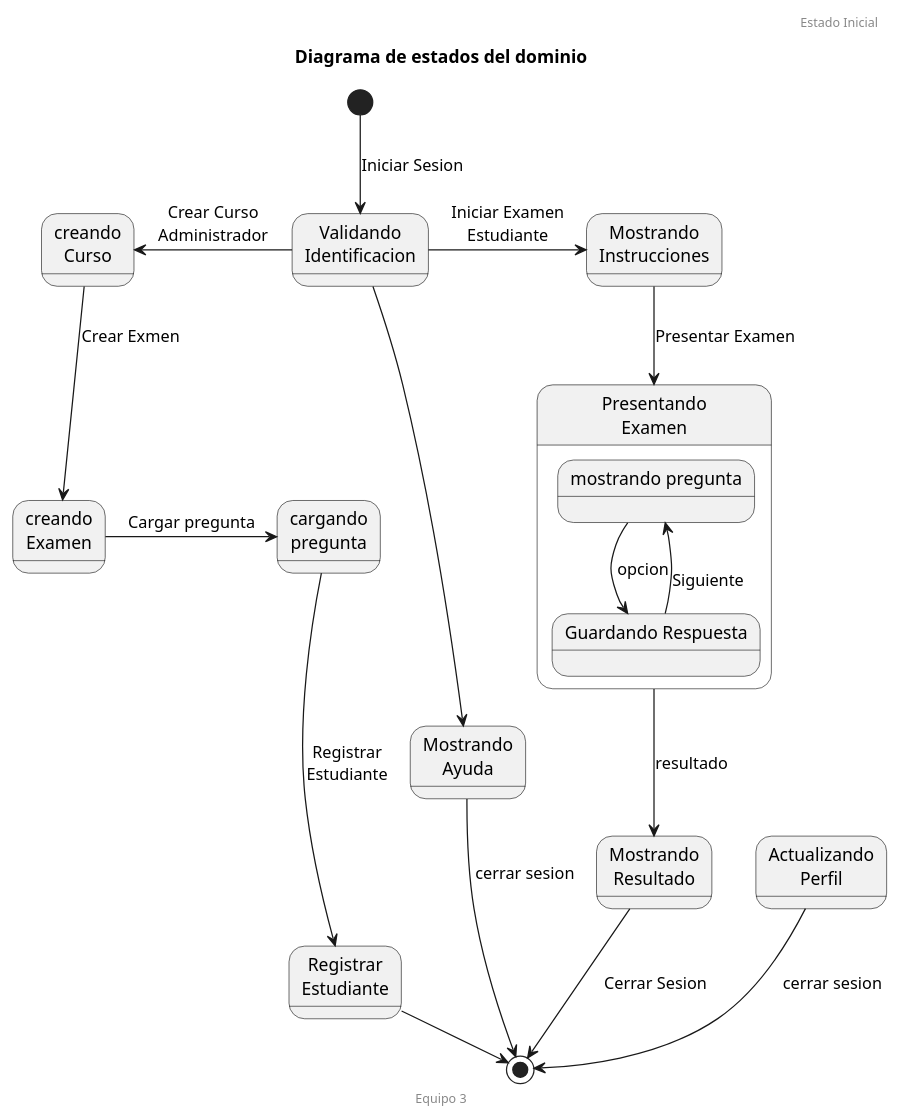
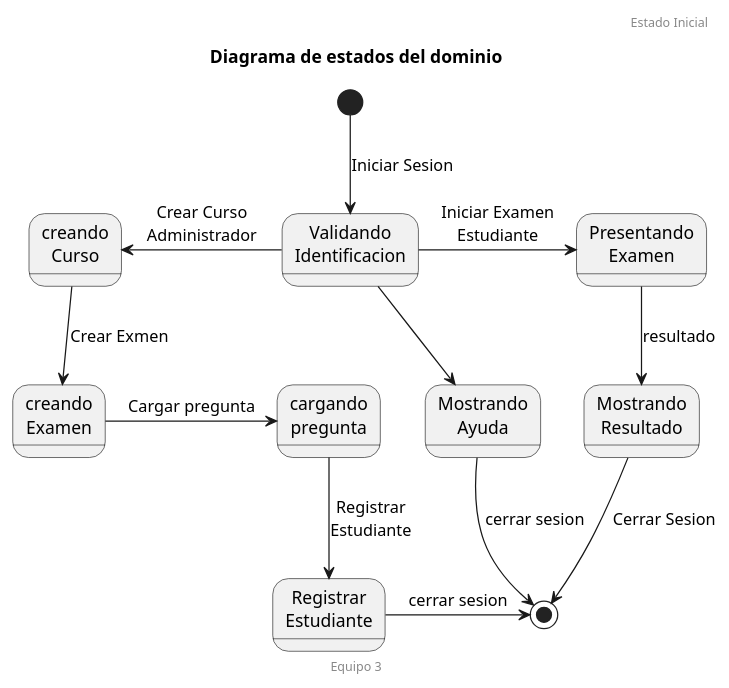
One commit to febres35/EdTech_IS changed the diagram in docs/scenariosView/diagramaEstados.plantuml. Above: the diagram before and after it, drawn with PlantUML.

Commit message:
Ultimo Cambio antes de la entrega

```diff
--- a/docs/scenariosView/diagramaEstados.plantuml
+++ b/docs/scenariosView/diagramaEstados.plantuml
@@ -1,50 +1,51 @@
 @startuml Diagrama de Estado
 
 
 header Estado Inicial
 footer Equipo 3
 title "Diagrama de estados del dominio"
 
 
 
 
 state "Validando\nIdentificacion" as vi
 state  "creando\nCurso" as gc
 state  "creando\nExamen" as ge
 state  "cargando\npregunta" as cp
 
-state "Mostrando\nInstrucciones" as mi
-state "Presentando\nExamen" as ee{
+'state "Mostrando\nInstrucciones" as mi
+state "Presentando\nExamen" as ee
+/'{
     state "mostrando pregunta" as mp
     state "Guardando Respuesta" as gp
     mp --> gp: opcion
     gp --> mp: \nSiguiente
-}
+}'/
 state "Mostrando\nResultado" as gr
-state "Actualizando\nPerfil" as ap
+'state "Actualizando\nPerfil" as ap
 state "Mostrando\nAyuda" as ma
 state "Registrar\nEstudiante" as ie
 'state finAd <<join>>
 
 [*] --> vi: Iniciar Sesion
 vi -left-> gc: Crear Curso\nAdministrador
 gc --> ge: Crear Exmen
 ge -right-> cp: Cargar pregunta
 cp --> ie: Registrar\nEstudiante
 vi --> ma
 'finAd --> ma
 'finAd --> ap
 
 
 ma --> [*]: cerrar sesion
-ap --> [*]: cerrar sesion
+'ap --> [*]: cerrar sesion
 ie -right-> [*] : cerrar sesion
 
  
 
-vi -right-> mi: Iniciar Examen\nEstudiante
-mi --> ee: Presentar Examen
+vi -right-> ee: Iniciar Examen\nEstudiante
+'mi --> ee: Presentar Examen
 ee --> gr: resultado
 gr --> [*]:  Cerrar Sesion
 
 @enduml
```
